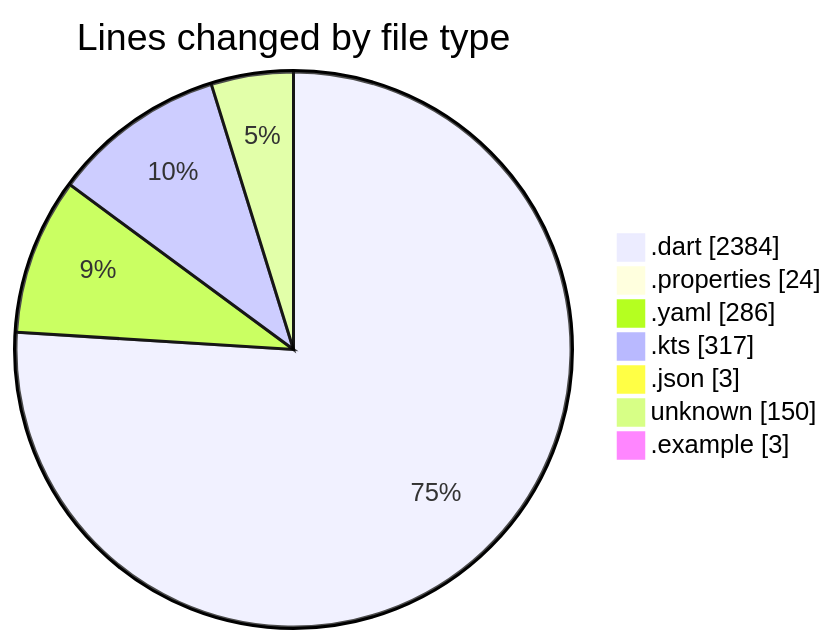
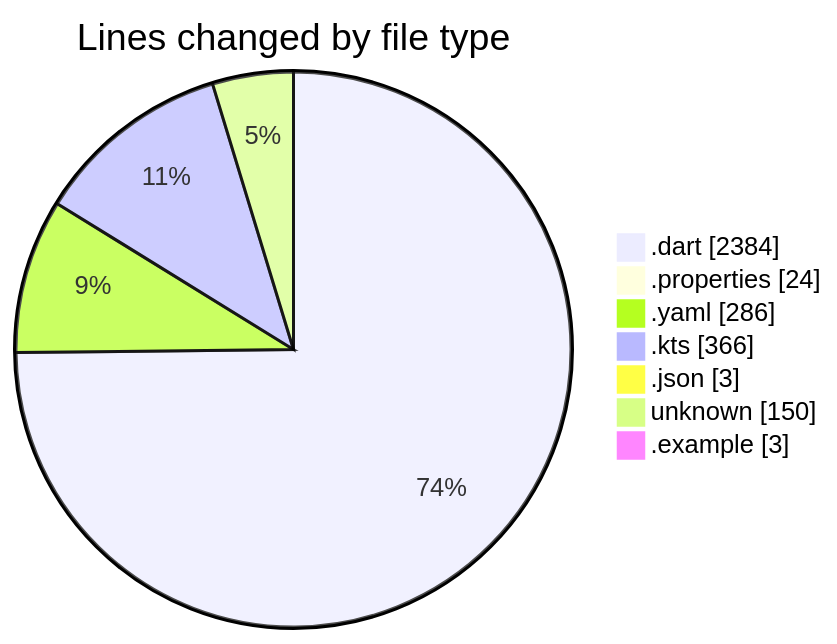
One commit to donsfak/code-tracking changed the first of 2 diagrams in 2025-10-31/weather_insights_app/README.md. Above: the diagram before and after it, drawn with Mermaid. The commit also changed other lines of this file and 1 other file, not shown here.

````diff
--- a/2025-10-31/weather_insights_app/README.md
+++ b/2025-10-31/weather_insights_app/README.md
@@ -35,11 +35,11 @@
 ```mermaid
 pie showData
 title Lines changed by file type
 ".dart" : 2384
 ".properties" : 24
 ".yaml" : 286
-".kts" : 317
+".kts" : 366
 ".json" : 3
 "unknown" : 150
 ".example" : 3
 ```
````
